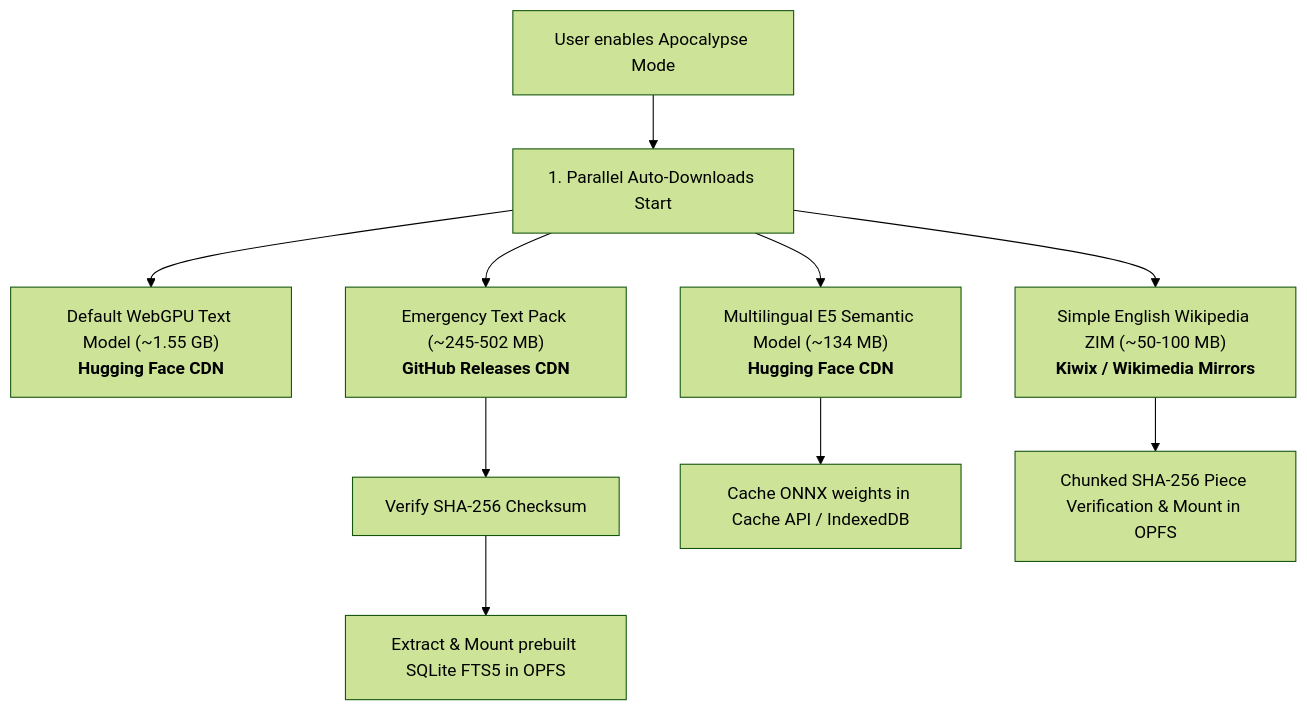
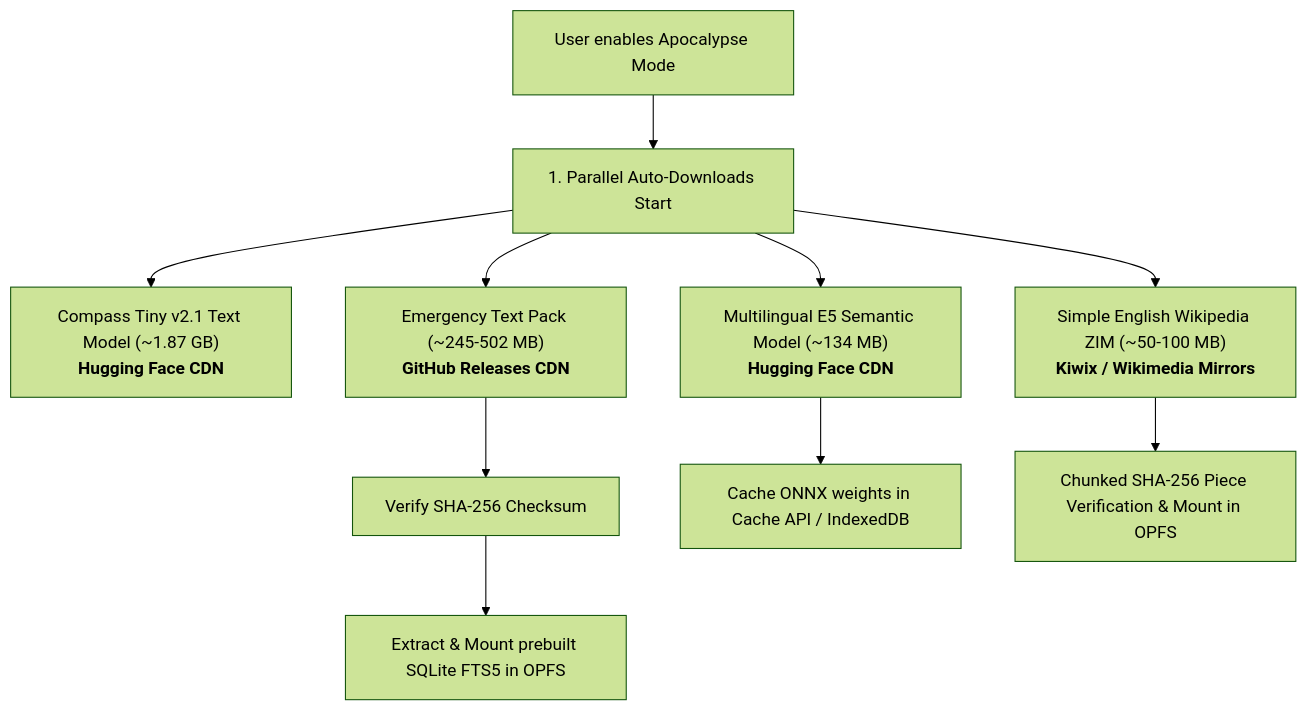
Before and after one commit to esokullu/webbrain: the diagram in docs/remote-downloads.md, drawn with Mermaid (forest theme). The commit also changed other lines of this file and 50 other files, not shown here.

Commit message:
docs(i18n): Compass-only WebGPU docs across locales; OOM error hints at lower context

````diff
--- a/docs/remote-downloads.md
+++ b/docs/remote-downloads.md
@@ -40,14 +40,14 @@
 ```mermaid
 flowchart TD
     A["User enables Apocalypse Mode"] --> B["1. Parallel Auto-Downloads Start"]
-    B --> C["Default WebGPU Text Model (~1.55 GB)<br/><b>Hugging Face CDN</b>"]
+    B --> C["Compass Tiny v2.1 Text Model (~1.87 GB)<br/><b>Hugging Face CDN</b>"]
     B --> E["Emergency Text Pack (~245-502 MB)<br/><b>GitHub Releases CDN</b>"]
     B --> F["Multilingual E5 Semantic Model (~134 MB)<br/><b>Hugging Face CDN</b>"]
     B --> G["Simple English Wikipedia ZIM (~50-100 MB)<br/><b>Kiwix / Wikimedia Mirrors</b>"]
     
     E --> H["Verify SHA-256 Checksum"]
     H --> I["Extract & Mount prebuilt SQLite FTS5 in OPFS"]
     
     F --> J["Cache ONNX weights in Cache API / IndexedDB"]
     G --> K["Chunked SHA-256 Piece Verification & Mount in OPFS"]
 ```
````
